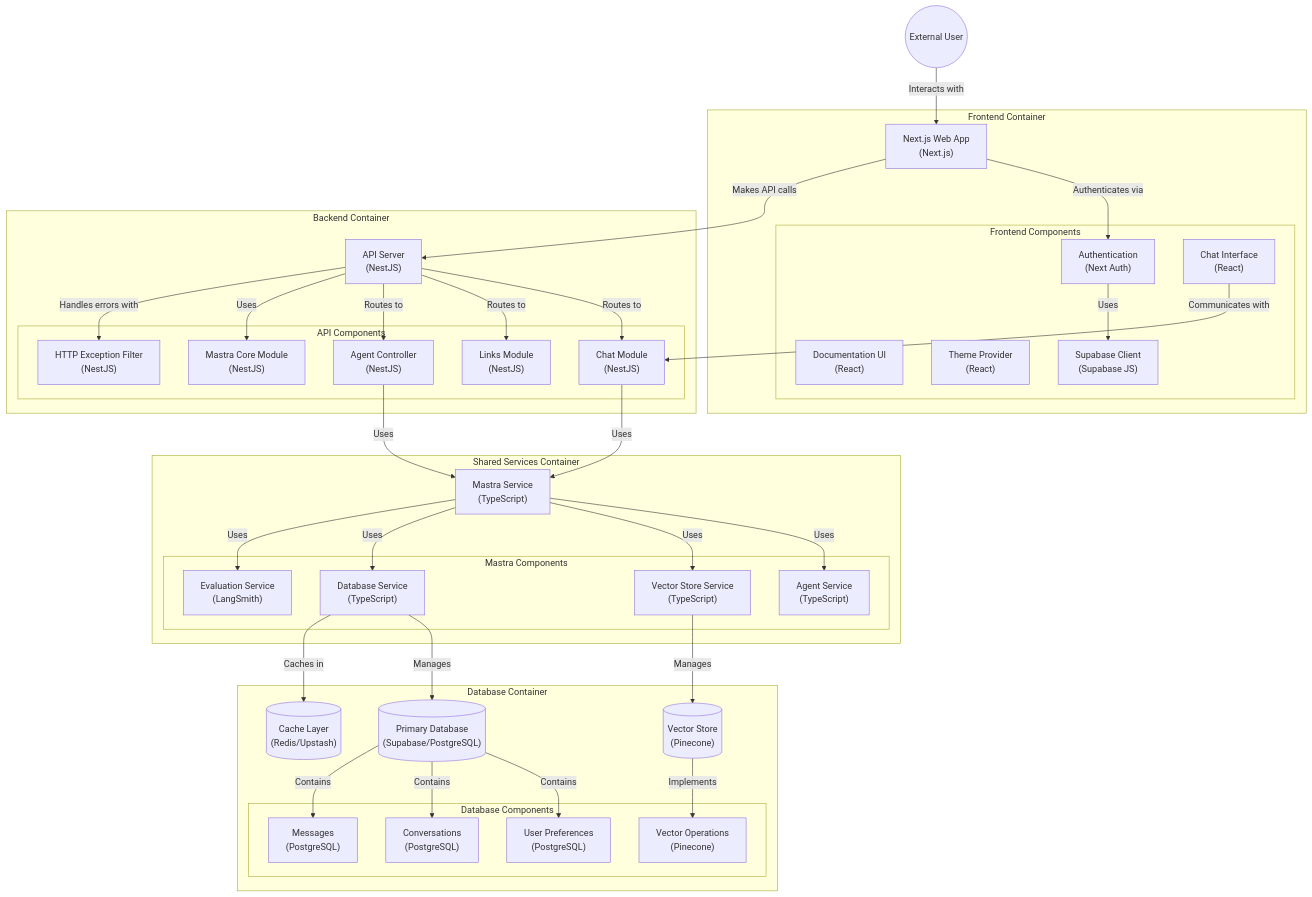
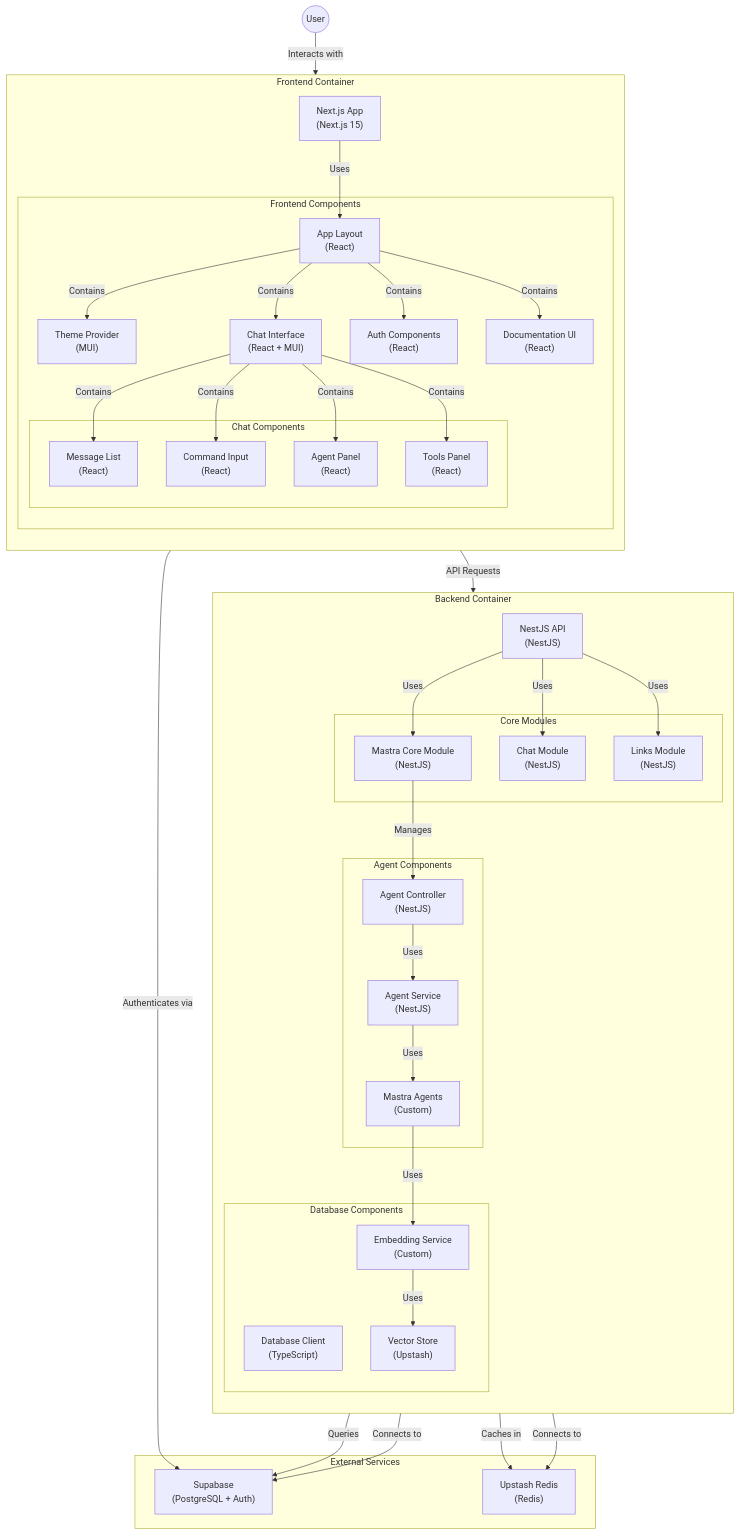
One commit to ssdeanx/AcidBomb changed the second of 2 diagrams in README.md. Above: the diagram before and after it, drawn with Mermaid.

Commit message:
refactor(readme): update architecture diagram for clarity and accuracy
Revised the architecture diagram in the README to better represent
the relationships between components, including updates to the
frontend and backend structures. This enhances understanding of
the system's design and flow.

````diff
--- a/README.md
+++ b/README.md
@@ -408,82 +408,86 @@
 ```mermaid
 graph TB
-    User((External User))
+    User((User))
 
     subgraph "Frontend Container"
-        WebApp["Next.js Web App<br>(Next.js)"]
+        direction TB
+        NextApp["Next.js App<br>(Next.js 15)"]
 
         subgraph "Frontend Components"
-            AuthComponent["Authentication<br>(Next Auth)"]
-            ChatInterface["Chat Interface<br>(React)"]
+            AppLayout["App Layout<br>(React)"]
+            ThemeProvider["Theme Provider<br>(MUI)"]
+            ChatInterface["Chat Interface<br>(React + MUI)"]
+            AuthComponents["Auth Components<br>(React)"]
             DocumentationUI["Documentation UI<br>(React)"]
-            ThemeProvider["Theme Provider<br>(React)"]
-            SupabaseClient["Supabase Client<br>(Supabase JS)"]
+
+            subgraph "Chat Components"
+                ChatMessageList["Message List<br>(React)"]
+                ChatInput["Command Input<br>(React)"]
+                ChatAgentPanel["Agent Panel<br>(React)"]
+                ChatToolsPanel["Tools Panel<br>(React)"]
+            end
         end
     end
 
     subgraph "Backend Container"
-        NestAPI["API Server<br>(NestJS)"]
+        direction TB
+        NestApp["NestJS API<br>(NestJS)"]
 
-        subgraph "API Components"
+        subgraph "Core Modules"
+            MastraCoreModule["Mastra Core Module<br>(NestJS)"]
             ChatModule["Chat Module<br>(NestJS)"]
             LinksModule["Links Module<br>(NestJS)"]
+        end
+
+        subgraph "Agent Components"
             AgentController["Agent Controller<br>(NestJS)"]
-            MastraCoreModule["Mastra Core Module<br>(NestJS)"]
-            HttpExceptionFilter["HTTP Exception Filter<br>(NestJS)"]
+            AgentService["Agent Service<br>(NestJS)"]
+            MastraAgents["Mastra Agents<br>(Custom)"]
+        end
+
+        subgraph "Database Components"
+            DatabaseClient["Database Client<br>(TypeScript)"]
+            VectorStore["Vector Store<br>(Upstash)"]
+            EmbeddingService["Embedding Service<br>(Custom)"]
         end
     end
 
-    subgraph "Database Container"
-        SupabaseDB[("Primary Database<br>(Supabase/PostgreSQL)")]
-        VectorStore[("Vector Store<br>(Pinecone)")]
-        RedisCache[("Cache Layer<br>(Redis/Upstash)")]
-
-        subgraph "Database Components"
-            UserPreferences["User Preferences<br>(PostgreSQL)"]
-            Conversations["Conversations<br>(PostgreSQL)"]
-            Messages["Messages<br>(PostgreSQL)"]
-            VectorOperations["Vector Operations<br>(Pinecone)"]
-        end
+    subgraph "External Services"
+        Supabase["Supabase<br>(PostgreSQL + Auth)"]
+        UpstashRedis["Upstash Redis<br>(Redis)"]
     end
 
-    subgraph "Shared Services Container"
-        MastraService["Mastra Service<br>(TypeScript)"]
+    %% Frontend Relationships
+    User -->|"Interacts with"| NextApp
+    NextApp -->|"Uses"| AppLayout
+    AppLayout -->|"Contains"| ThemeProvider
+    AppLayout -->|"Contains"| ChatInterface
+    AppLayout -->|"Contains"| AuthComponents
+    AppLayout -->|"Contains"| DocumentationUI
 
-        subgraph "Mastra Components"
-            AgentService["Agent Service<br>(TypeScript)"]
-            VectorStoreService["Vector Store Service<br>(TypeScript)"]
-            DatabaseService["Database Service<br>(TypeScript)"]
-            EvaluationService["Evaluation Service<br>(LangSmith)"]
-        end
-    end
+    ChatInterface -->|"Contains"| ChatMessageList
+    ChatInterface -->|"Contains"| ChatInput
+    ChatInterface -->|"Contains"| ChatAgentPanel
+    ChatInterface -->|"Contains"| ChatToolsPanel
 
-    %% Relationships
-    User -->|"Interacts with"| WebApp
-    WebApp -->|"Authenticates via"| AuthComponent
-    WebApp -->|"Makes API calls"| NestAPI
-    AuthComponent -->|"Uses"| SupabaseClient
-    ChatInterface -->|"Communicates with"| ChatModule
+    %% Backend Relationships
+    NextApp -->|"API Requests"| NestApp
+    NestApp -->|"Uses"| MastraCoreModule
+    NestApp -->|"Uses"| ChatModule
+    NestApp -->|"Uses"| LinksModule
 
-    NestAPI -->|"Routes to"| ChatModule
-    NestAPI -->|"Routes to"| LinksModule
-    NestAPI -->|"Routes to"| AgentController
-    NestAPI -->|"Uses"| MastraCoreModule
-    NestAPI -->|"Handles errors with"| HttpExceptionFilter
+    MastraCoreModule -->|"Manages"| AgentController
+    AgentController -->|"Uses"| AgentService
+    AgentService -->|"Uses"| MastraAgents
 
-    ChatModule -->|"Uses"| MastraService
-    AgentController -->|"Uses"| MastraService
+    %% Database Relationships
+    DatabaseClient -->|"Connects to"| Supabase
+    VectorStore -->|"Connects to"| UpstashRedis
+    MastraAgents -->|"Uses"| EmbeddingService
+    EmbeddingService -->|"Uses"| VectorStore
 
-    MastraService -->|"Uses"| AgentService
-    MastraService -->|"Uses"| VectorStoreService
-    MastraService -->|"Uses"| DatabaseService
-    MastraService -->|"Uses"| EvaluationService
-
-    DatabaseService -->|"Manages"| SupabaseDB
-    VectorStoreService -->|"Manages"| VectorStore
-    DatabaseService -->|"Caches in"| RedisCache
-
-    SupabaseDB -->|"Contains"| UserPreferences
-    SupabaseDB -->|"Contains"| Conversations
-    SupabaseDB -->|"Contains"| Messages
-    VectorStore -->|"Implements"| VectorOperations
+    %% External Service Relationships
+    AuthComponents -->|"Authenticates via"| Supabase
+    DatabaseClient -->|"Queries"| Supabase
+    VectorStore -->|"Caches in"| UpstashRedis
 ```
````
